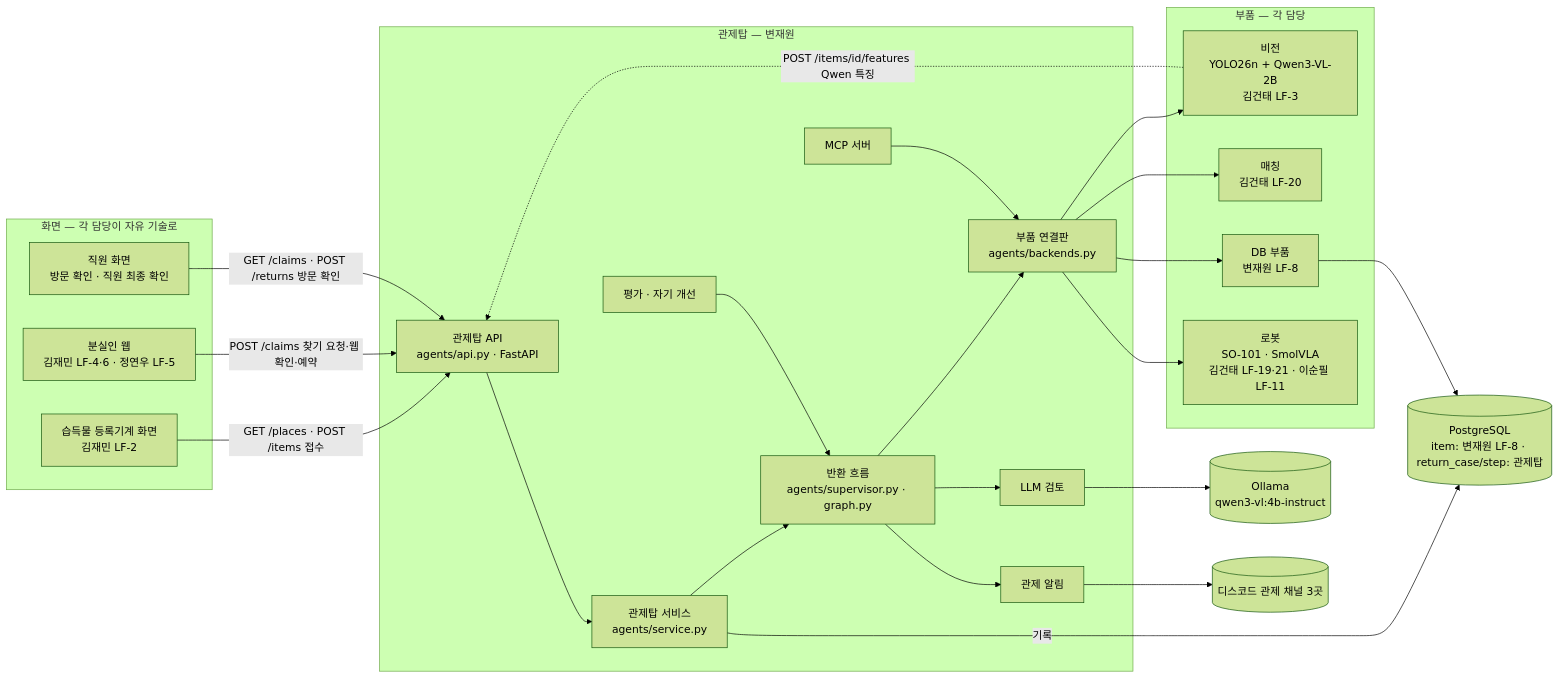
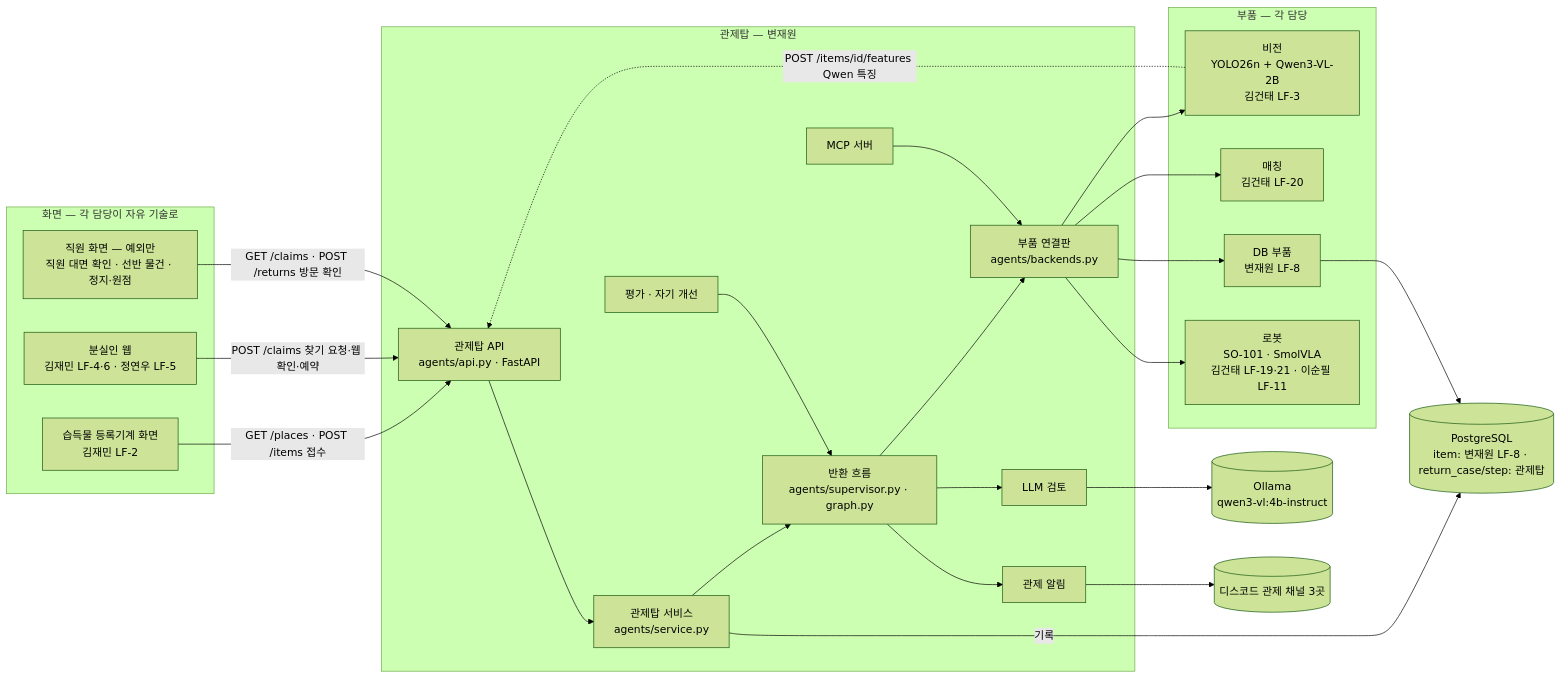
The first of 2 diagrams in docs/design/architecture.md (agentops-lostfound/ai-lostfound-tower), drawn with Mermaid (forest theme) before and after one commit. The commit also changed other lines of this file and 15 other files, not shown here.

````diff
--- a/docs/design/architecture.md
+++ b/docs/design/architecture.md
@@ -7,39 +7,39 @@
 ```mermaid
 flowchart LR
   subgraph Screens[화면 — 각 담당이 자유 기술로]
     Kiosk[습득물 등록기계 화면<br/>김재민 LF-2]
     Web[분실인 웹<br/>김재민 LF-4·6 · 정연우 LF-5]
-    Staff[직원 화면<br/>방문 확인 · 직원 최종 확인]
+    Staff[직원 화면 — 예외만<br/>직원 대면 확인 · 선반 물건 · 정지·원점]
   end
   subgraph Tower[관제탑 — 변재원]
     API[관제탑 API<br/>agents/api.py · FastAPI]
     SVC[관제탑 서비스<br/>agents/service.py]
     SUP[반환 흐름<br/>agents/supervisor.py · graph.py]
     CB[부품 연결판<br/>agents/backends.py]
     REV[LLM 검토]
     REP[관제 알림]
     EVAL[평가 · 자기 개선]
     MCP[MCP 서버]
   end
   subgraph Parts[부품 — 각 담당]
     V[비전<br/>YOLO26n + Qwen3-VL-2B<br/>김건태 LF-3]
     M[매칭<br/>김건태 LF-20]
     D[DB 부품<br/>변재원 LF-8]
     R[로봇<br/>SO-101 · SmolVLA<br/>김건태 LF-19·21 · 이순필 LF-11]
   end
   PG[(PostgreSQL<br/>item: 변재원 LF-8 · return_case/step: 관제탑)]
   OL[(Ollama<br/>qwen3-vl:4b-instruct)]
   DC[(디스코드 관제 채널 3곳)]
   Kiosk -->|GET /places · POST /items 접수| API
   V -.->|POST /items/id/features Qwen 특징| API
   Web -->|POST /claims 찾기 요청·웹 확인·예약| API
   Staff -->|GET /claims · POST /returns 방문 확인| API
   API --> SVC --> SUP --> CB
   SVC -->|기록| PG
   CB --> V & M & D & R
   D --> PG
   SUP --> REV --> OL
   SUP --> REP --> DC
   EVAL --> SUP
   MCP --> CB
 ```
````
